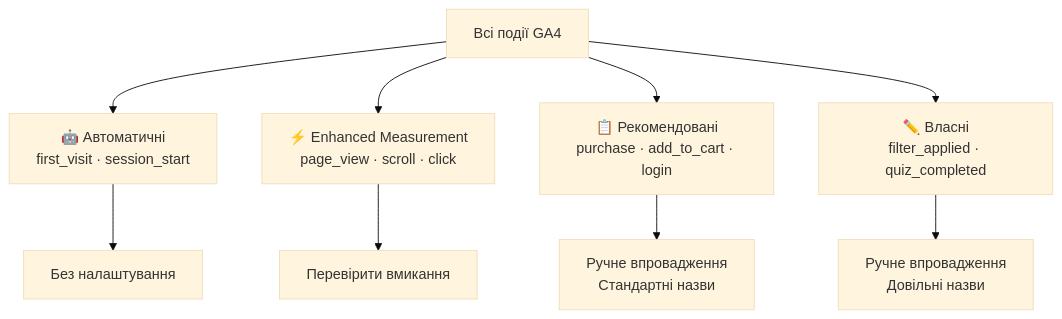
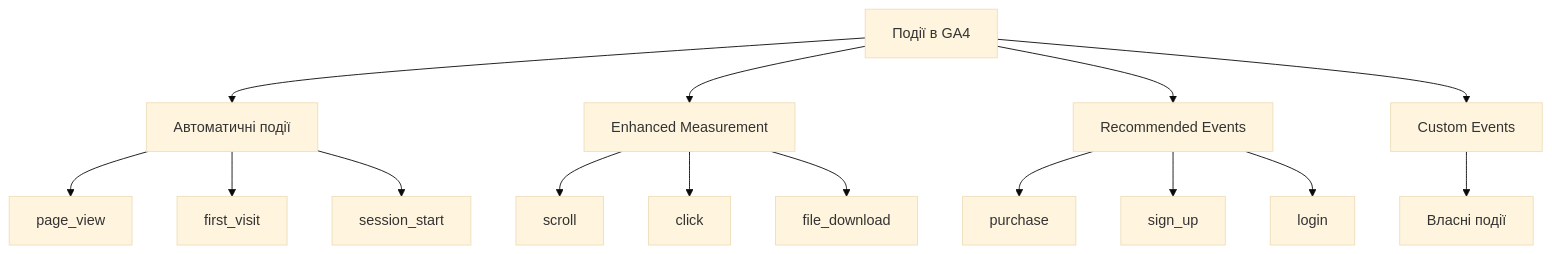
One commit to olroi421/course-seo changed the first of 6 diagrams in presentations/presentation-10.md. Above: the diagram before and after it, drawn with Mermaid (base theme). The commit also changed other lines of this file and 1 other file, not shown here.

First line of the commit message:
Enhance GA4 presentations with content & diagrams

````diff
--- a/presentations/presentation-10.md
+++ b/presentations/presentation-10.md
@@ -7,12 +21,21 @@
 ```mermaid
 graph TD
-    A[Всі події GA4] --> B[🤖 Автоматичні\nfirst_visit · session_start]
-    A --> C[⚡ Enhanced Measurement\npage_view · scroll · click]
-    A --> D[📋 Рекомендовані\npurchase · add_to_cart · login]
-    A --> E[✏️ Власні\nfilter_applied · quiz_completed]
+    A[Події в GA4] --> B[Автоматичні події]
+    A --> C[Enhanced Measurement]
+    A --> D[Recommended Events]
+    A --> E[Custom Events]
 
-    B --> F[Без налаштування]
-    C --> G[Перевірити вмикання]
-    D --> H[Ручне впровадження\nСтандартні назви]
-    E --> I[Ручне впровадження\nДовільні назви]
+    B --> B1[page_view]
+    B --> B2[first_visit]
+    B --> B3[session_start]
+
+    C --> C1[scroll]
+    C --> C2[click]
+    C --> C3[file_download]
+
+    D --> D1[purchase]
+    D --> D2[sign_up]
+    D --> D3[login]
+
+    E --> E1[Власні події]
 ```
````
